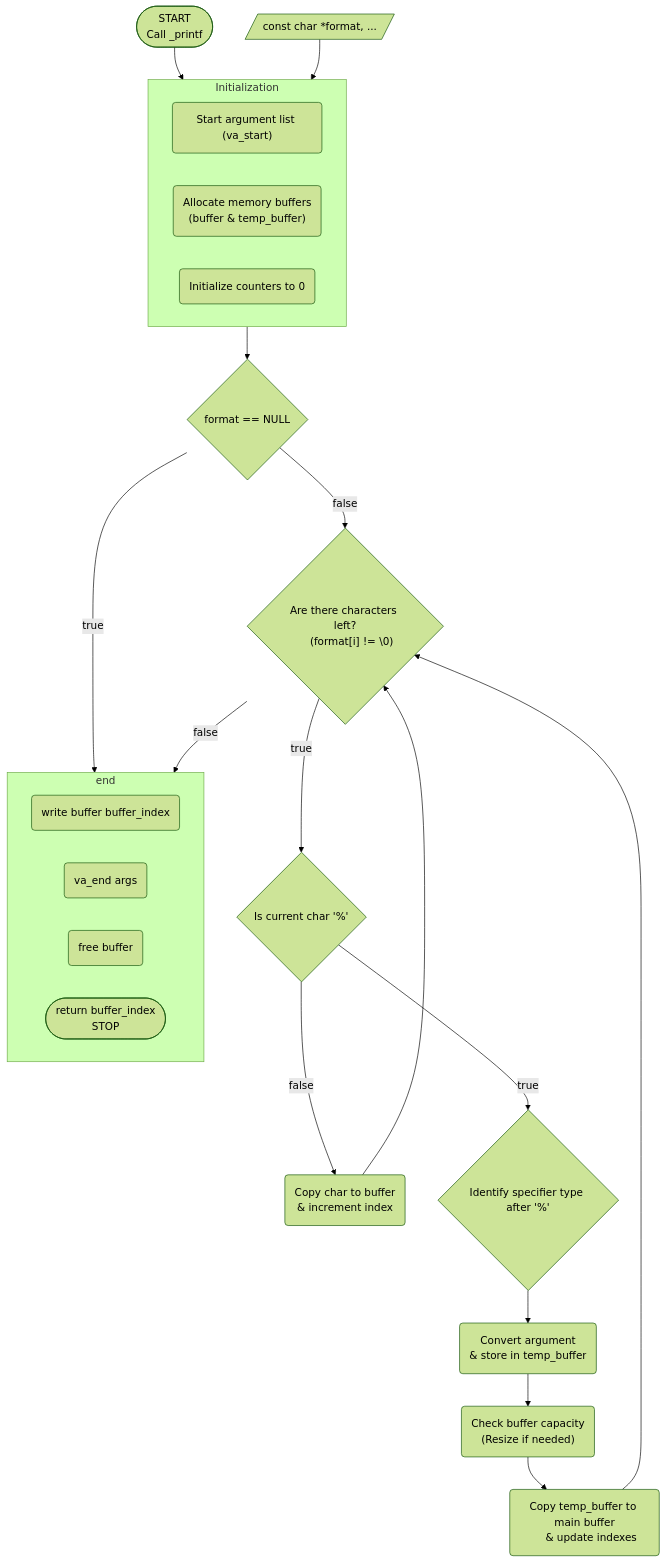
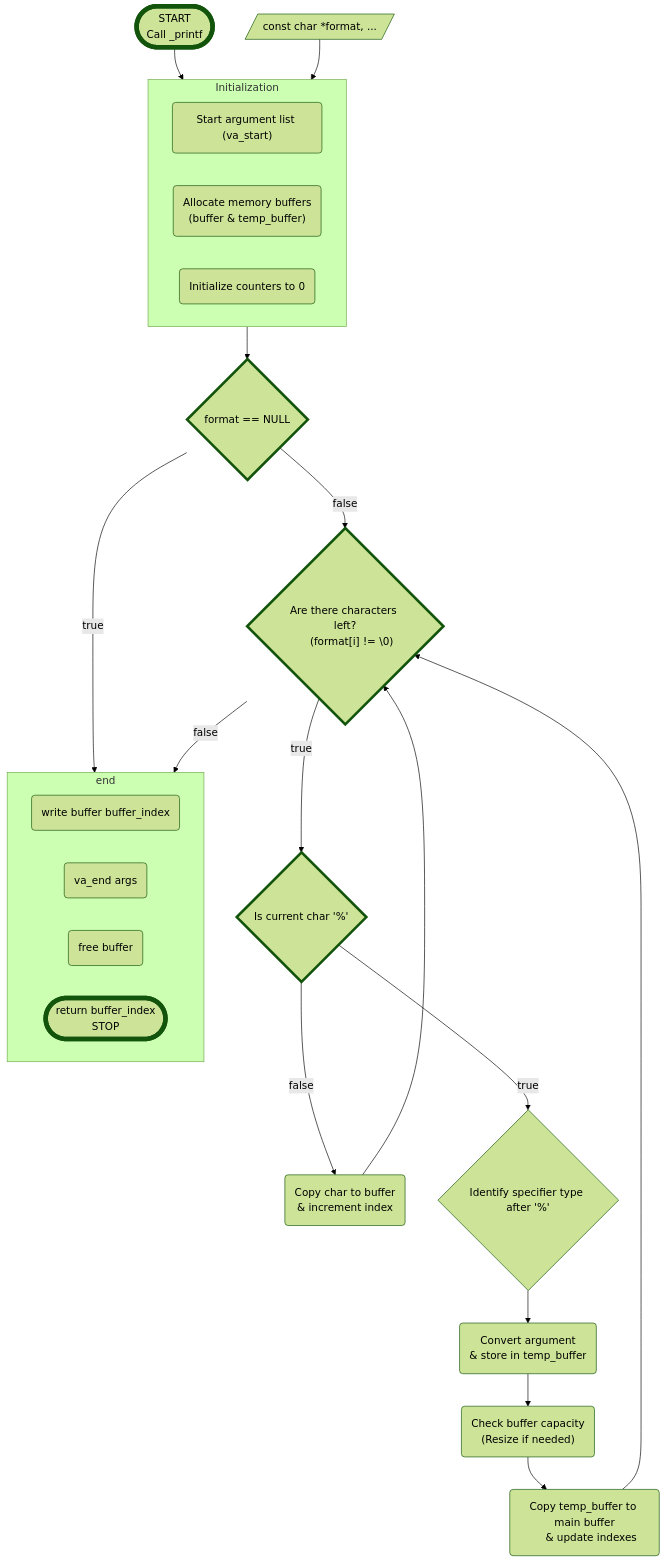
The diagram in ressource/flowchart.md (ylabate/holbertonschool-printf), drawn with Mermaid (forest theme) before and after one commit.

Commit message:
style: update flowchart styles for better visualization

````diff
--- a/ressource/flowchart.md
+++ b/ressource/flowchart.md
@@ -1,36 +1,43 @@
 ```mermaid
 flowchart TB
  subgraph B["Initialization"]
         1("Start argument list (va_start)")
         2("Allocate memory buffers
         (buffer & temp_buffer)")
         4("Initialize counters to 0")
   end
  subgraph END["end"]
         6("write buffer buffer_index")
         7("va_end args")
         8("free buffer")
         9(["return buffer_index
         STOP"])
   end
     A(["START
     Call _printf"]) --> B
     Abis[/"const char *format, ..."/] --> B
     B --> Bbis{"format == NULL"}
     Bbis -- false --> C{"Are there characters left?
     (format[i] != \0)"}
     Bbis -- true --> END
     C -- false --> END
     C -- true --> D{Is current char '%'}
     D -- false --> E("Copy char to buffer
     & increment index")
     D -- true --> F{Identify specifier type after '%'}
     E --> C
     F --> H("Convert argument
     & store in temp_buffer")
     H --> I("Check buffer capacity
     (Resize if needed)")
     I --> K("Copy temp_buffer to main buffer
     & update indexes")
     K --> C
+    
+    %% Styles restaurés
+    style A stroke-width:7px;
+    style 9 stroke-width:7px;
+    style C stroke-width:4px;
+    style D stroke-width:4px;
+    style Bbis stroke-width:4px;
 ```
````
